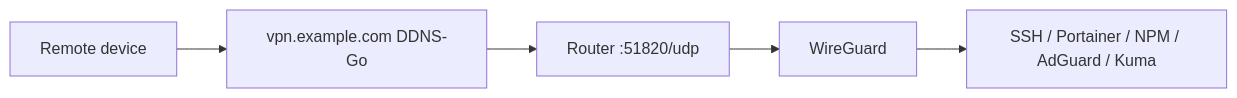
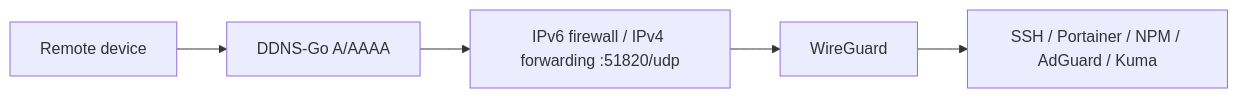
One commit to ryoo2001/homelab-infra changed the third of 3 diagrams in README.md. Above: the diagram before and after it, drawn with Mermaid. The commit also changed other lines of this file and 3 other files, not shown here.

Commit message:
Update WireGuard docs for IPv6-first remote access

````diff
--- a/README.md
+++ b/README.md
@@ -62,7 +62,7 @@
 ```mermaid
 flowchart LR
-  remote[Remote device] --> ddns[vpn.example.com DDNS-Go]
-  ddns --> router[Router :51820/udp]
+  remote[Remote device] --> ddns[DDNS-Go A/AAAA]
+  ddns --> router[IPv6 firewall / IPv4 forwarding :51820/udp]
   router --> wg[WireGuard]
   wg --> management[SSH / Portainer / NPM / AdGuard / Kuma]
 ```
````
